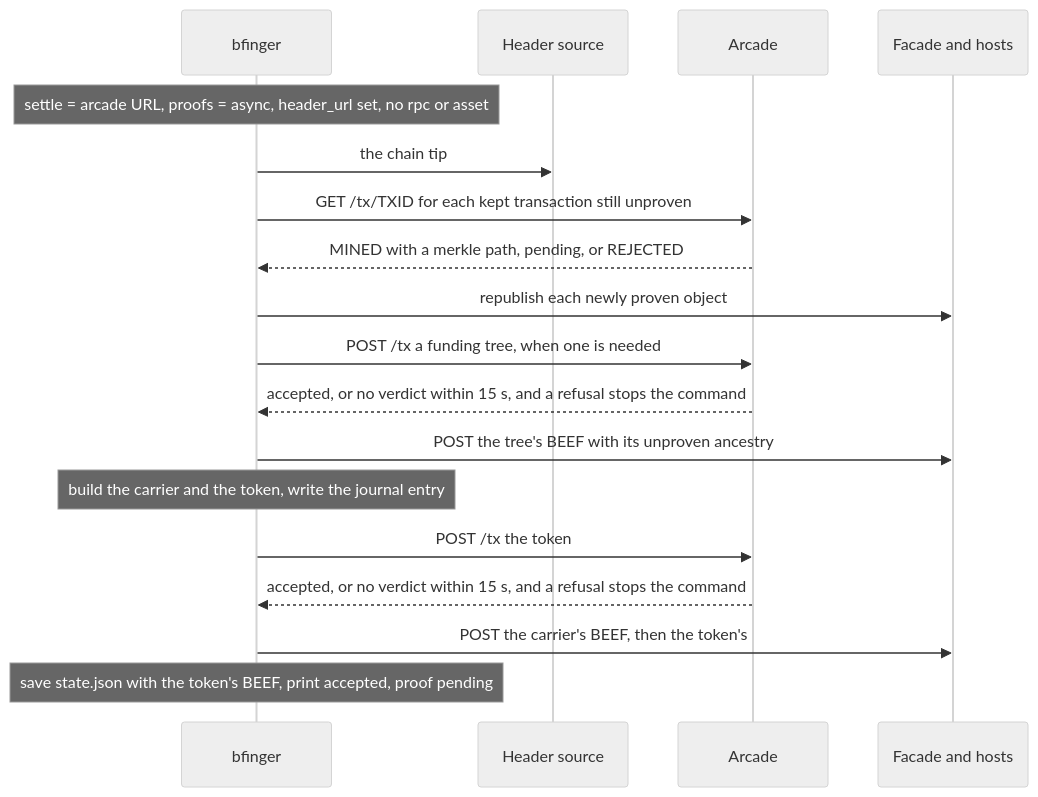
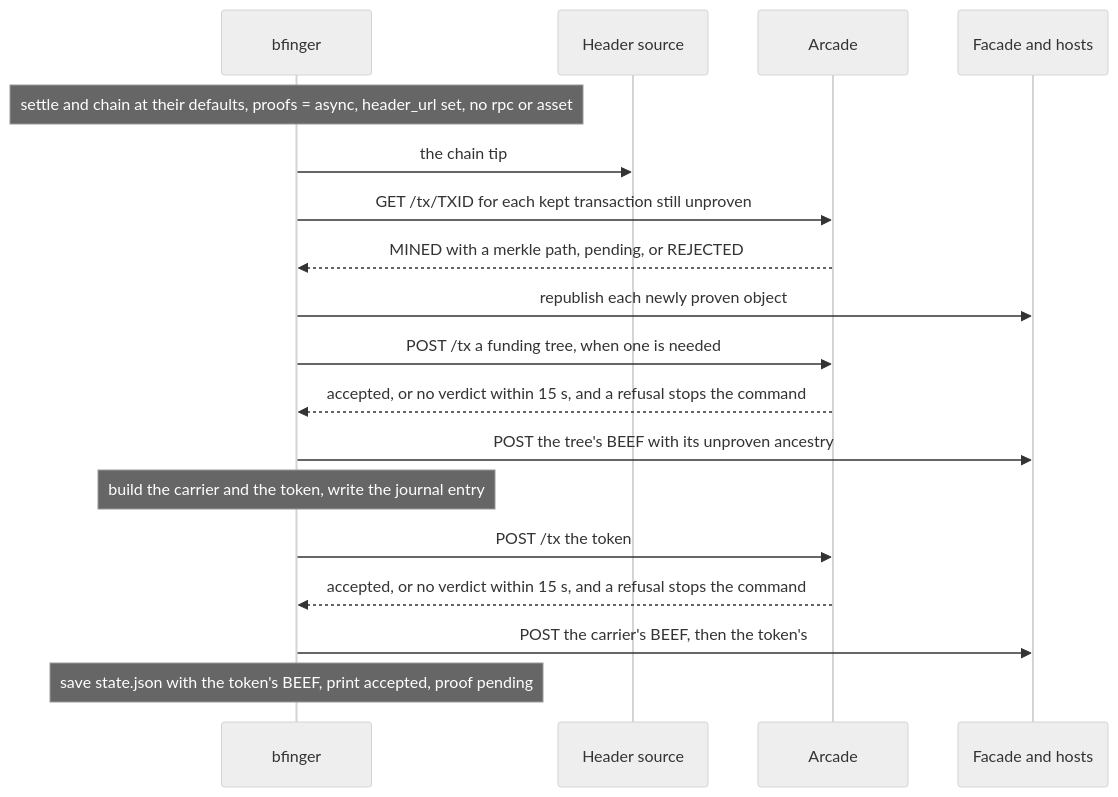
Before and after one commit to lightwebinc/bfinger: diagram 13 of 19 in docs/flows.md, drawn with Mermaid (neutral theme). The commit also changed other lines of this file and 10 other files, not shown here.

````diff
--- a/docs/flows.md
+++ b/docs/flows.md
@@ -385,20 +386,20 @@
 ```mermaid
 sequenceDiagram
   participant B as bfinger
   participant S as Header source
   participant A as Arcade
   participant F as Facade and hosts
-  Note over B: settle = arcade URL, proofs = async, header_url set, no rpc or asset
+  Note over B: settle and chain at their defaults, proofs = async, header_url set, no rpc or asset
   B->>S: the chain tip
   B->>A: GET /tx/TXID for each kept transaction still unproven
   A-->>B: MINED with a merkle path, pending, or REJECTED
   B->>F: republish each newly proven object
   B->>A: POST /tx a funding tree, when one is needed
   A-->>B: accepted, or no verdict within 15 s, and a refusal stops the command
   B->>F: POST the tree's BEEF with its unproven ancestry
   Note over B: build the carrier and the token, write the journal entry
   B->>A: POST /tx the token
   A-->>B: accepted, or no verdict within 15 s, and a refusal stops the command
   B->>F: POST the carrier's BEEF, then the token's
   Note over B: save state.json with the token's BEEF, print accepted, proof pending
 ```
````
